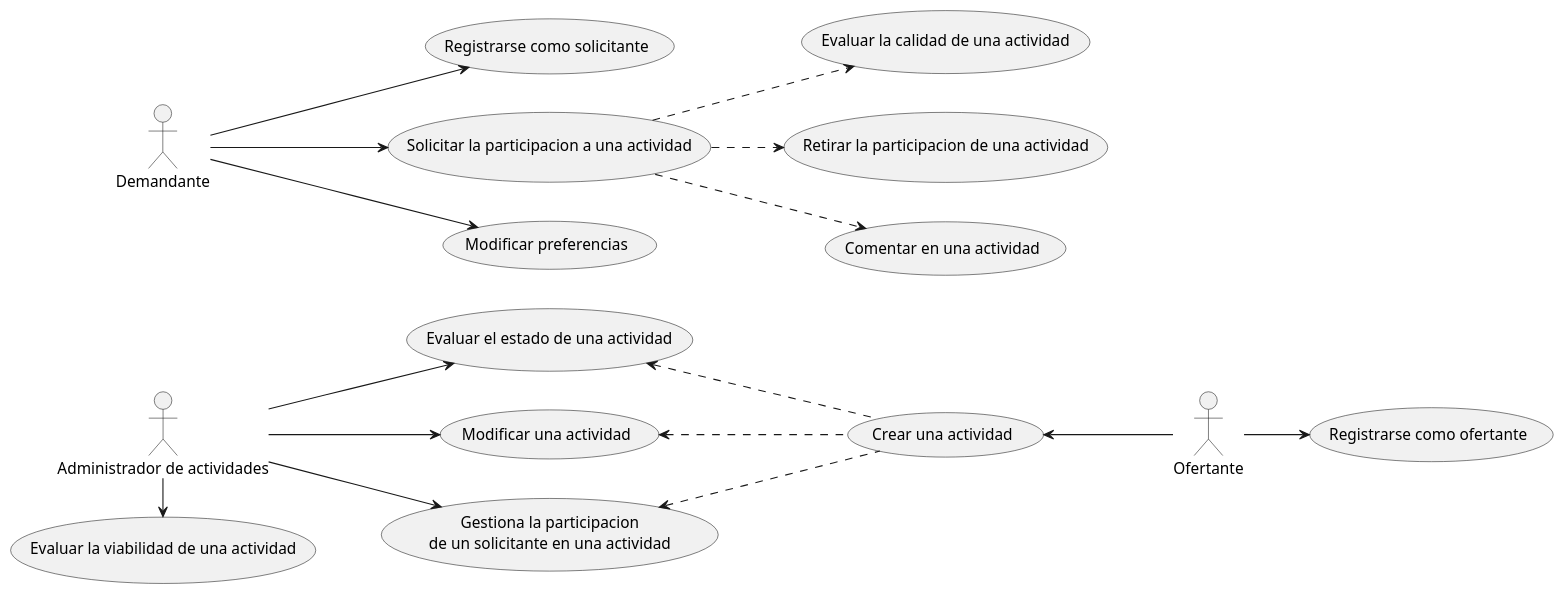
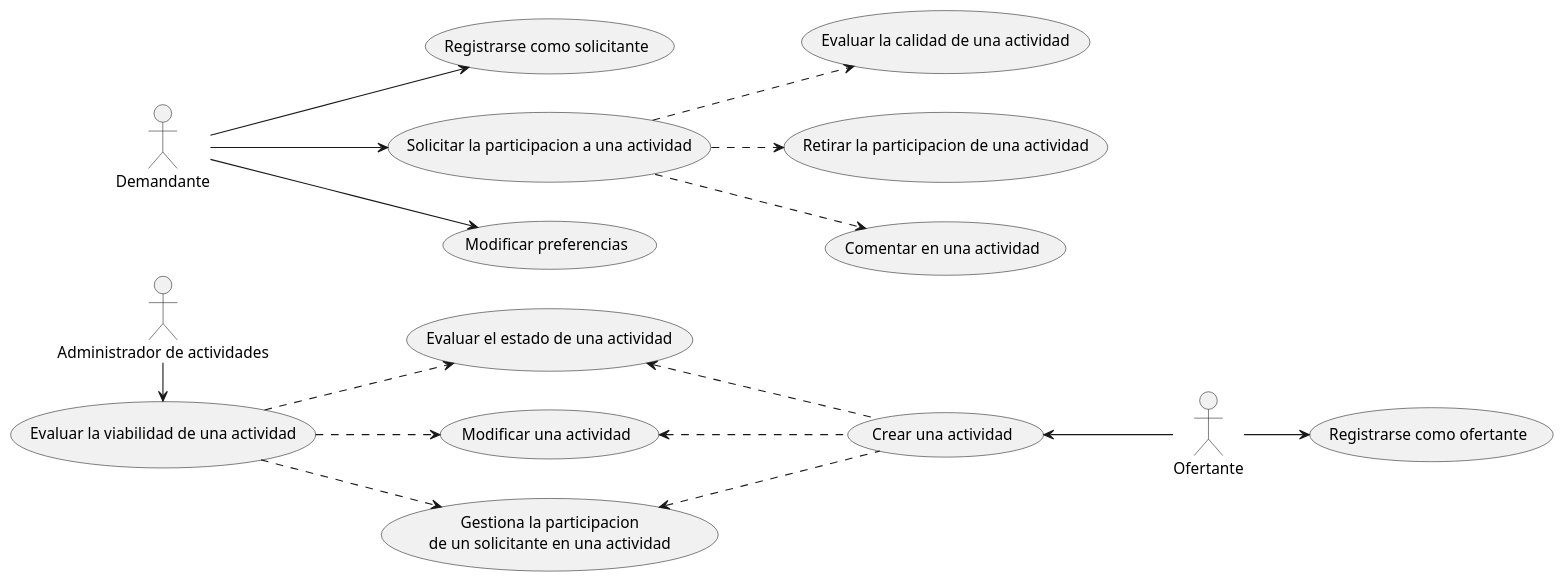
Before and after one commit to CarlosRA97/AprendizajeServicioVoluntario: the diagram in uml/casos_de_uso.puml, drawn with PlantUML.

Commit message:
cambios en el diagrama

```diff
--- a/uml/casos_de_uso.puml
+++ b/uml/casos_de_uso.puml
@@ -1,50 +1,50 @@
 @startuml casos_de_uso
 
 ' Actores
 actor Admin     as "Administrador de actividades"
 actor Demand    as "Demandante"
 actor Offer     as "Ofertante"
 
 ' Casos de uso
 (Registrarse como solicitante)                  as RegisterDemand
 (Registrarse como ofertante)                    as RegisterOffer
 (Solicitar la participacion a una actividad)    as RequestActivity
 (Evaluar la calidad de una actividad)           as EvaluateQuality
 (Evaluar la viabilidad de una actividad)        as EvaluateViability
 (Retirar la participacion de una actividad)     as RemoveParticipation
 (Comentar en una actividad)                     as CommentActivity
 (Modificar una actividad)                       as ModifyActivity
 (Evaluar el estado de una actividad)            as EvaluateActivityStatus
 (Crear una actividad)                           as CreateActivity
 (Modificar preferencias)                        as ModifyPrefernces
 usecase ManageParticipation as "Gestiona la participacion
 de un solicitante en una actividad"
 
 
 left to right direction
 
 ' Operaciones de Demandante
 Demand --> RegisterDemand
 Demand --> RequestActivity
 Demand --> ModifyPrefernces
 
 RequestActivity ..> EvaluateQuality
 RequestActivity ..> RemoveParticipation
 RequestActivity ..> CommentActivity
 
 ' Operaciones de Administrador
 Admin -right-> EvaluateViability
 ' Compartido con ofertante
-Admin --> ManageParticipation
-Admin --> ModifyActivity
-Admin --> EvaluateActivityStatus
+EvaluateViability ..> ManageParticipation
+EvaluateViability ..> ModifyActivity
+EvaluateViability ..> EvaluateActivityStatus
 
 ' Operaciones de Ofertante
 Offer -down-> RegisterOffer
 Offer -up-> CreateActivity
 
 CreateActivity .up.> ManageParticipation
 CreateActivity .up.> ModifyActivity
 CreateActivity .up.> EvaluateActivityStatus
 
 @enduml
```
